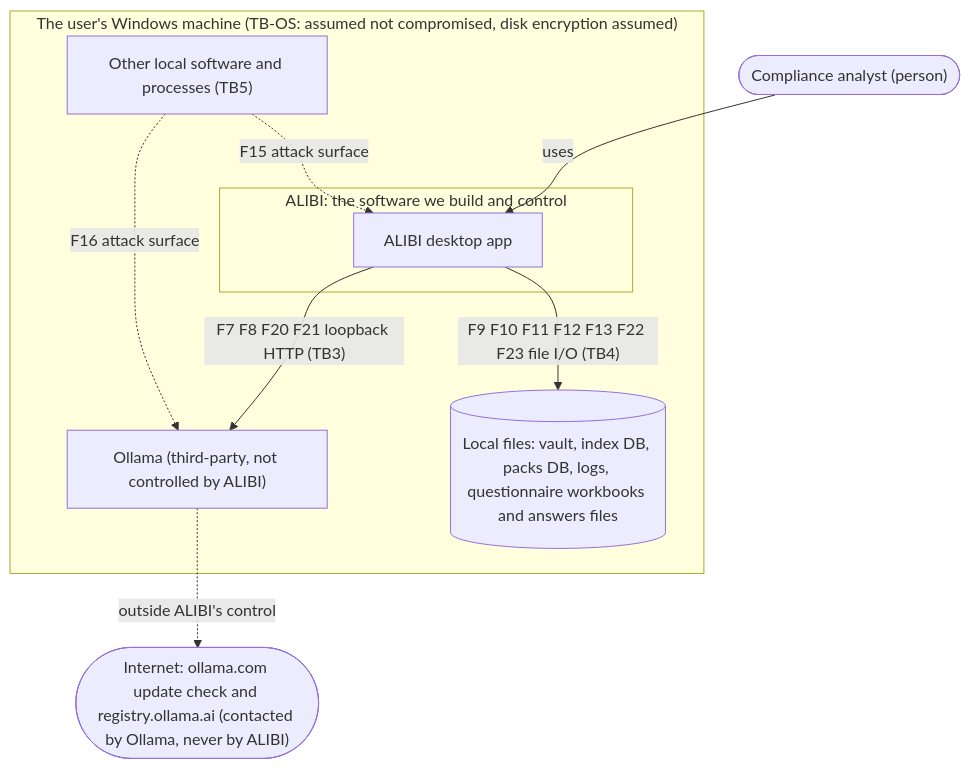
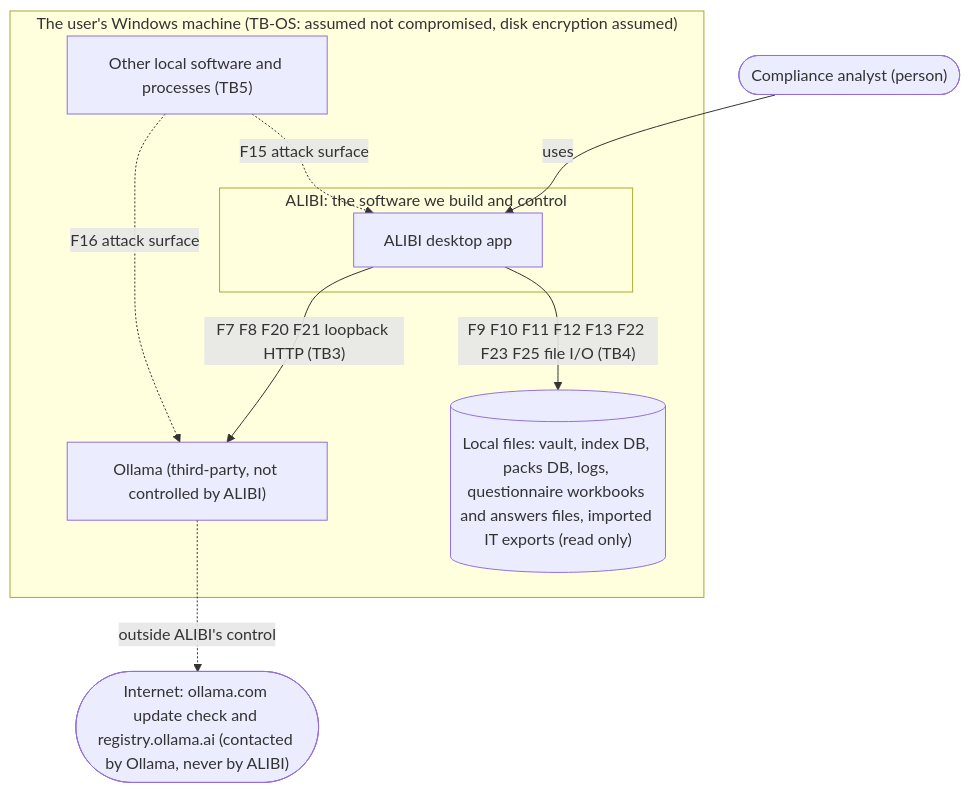
Before and after one commit to mikeperrella/grc-second-brain: the first of 2 diagrams in docs/threat-model.md, drawn with Mermaid. The commit also changed other lines of this file and 1 other file, not shown here.

````diff
--- a/docs/threat-model.md
+++ b/docs/threat-model.md
@@ -88,19 +88,19 @@
 ```mermaid
 flowchart TB
   user(["Compliance analyst (person)"])
   subgraph machine["The user's Windows machine (TB-OS: assumed not compromised, disk encryption assumed)"]
     subgraph alibi["ALIBI: the software we build and control"]
       app["ALIBI desktop app"]
     end
     ollama["Ollama (third-party, not controlled by ALIBI)"]
-    files[("Local files: vault, index DB, packs DB, logs, questionnaire workbooks and answers files")]
+    files[("Local files: vault, index DB, packs DB, logs, questionnaire workbooks and answers files, imported IT exports (read only)")]
     other["Other local software and processes (TB5)"]
   end
   internet(["Internet: ollama.com update check and registry.ollama.ai (contacted by Ollama, never by ALIBI)"])
   user -->|"uses"| app
   app -->|"F7 F8 F20 F21 loopback HTTP (TB3)"| ollama
-  app -->|"F9 F10 F11 F12 F13 F22 F23 file I/O (TB4)"| files
+  app -->|"F9 F10 F11 F12 F13 F22 F23 F25 file I/O (TB4)"| files
   other -.->|"F15 attack surface"| app
   other -.->|"F16 attack surface"| ollama
   ollama -.->|"outside ALIBI's control"| internet
 ```
````
